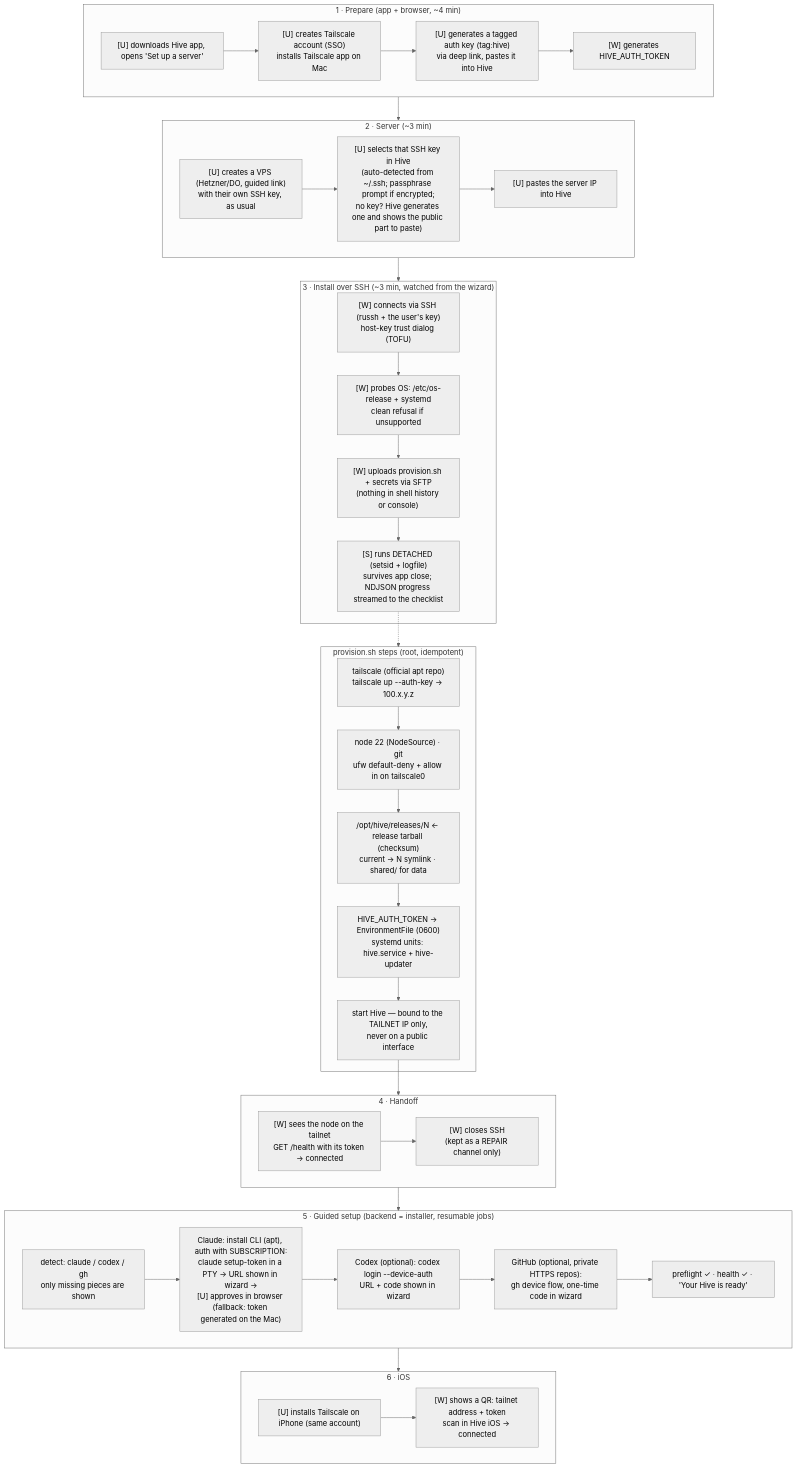
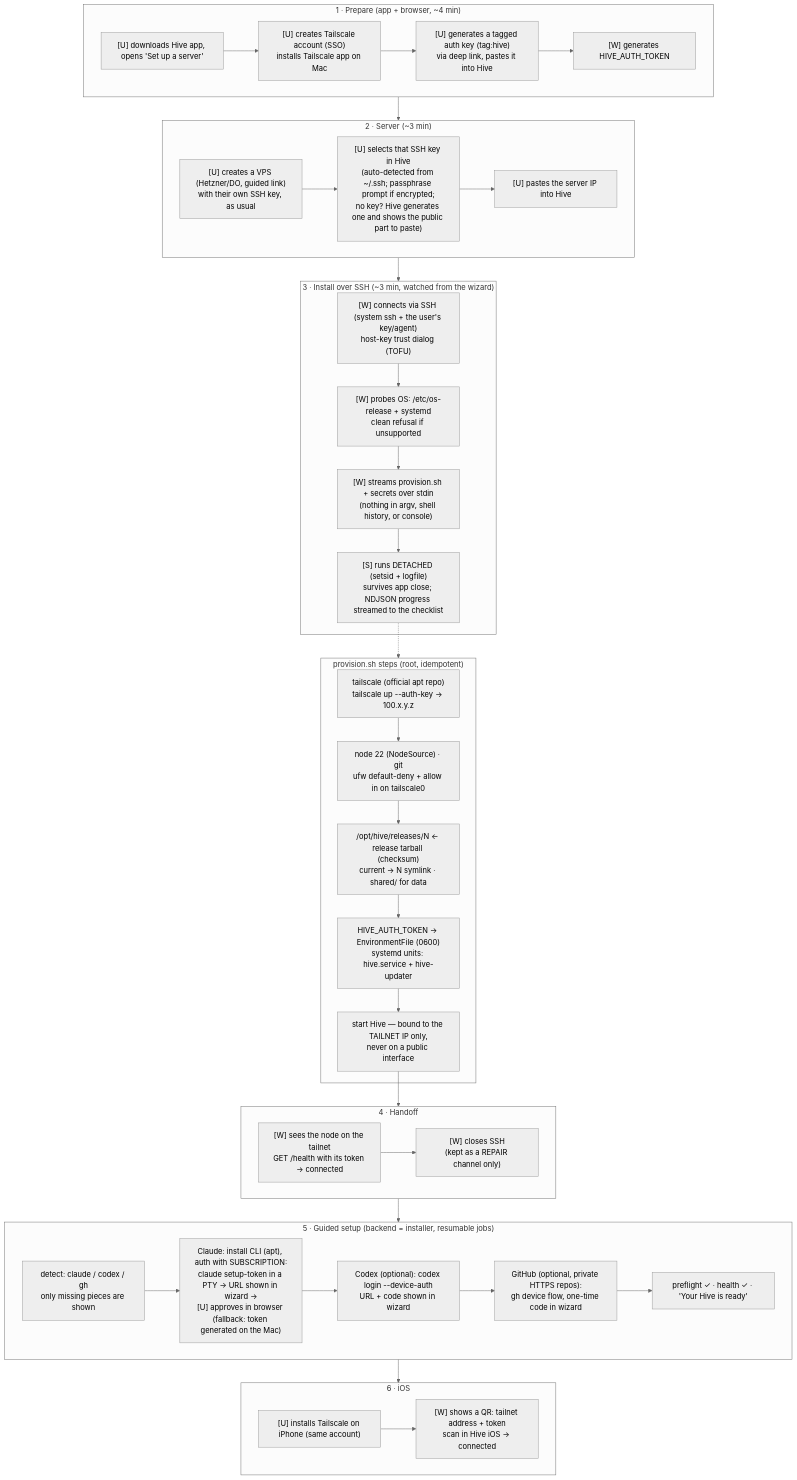
Before and after one commit to unfence-labs/hive: the first of 3 diagrams in docs/install-flow.md, drawn with Mermaid (neutral theme). The commit also changed other lines of this file and 1 other file, not shown here.

First line of the commit message:
review: replace embedded russh with the system OpenSSH sidecar

````diff
--- a/docs/install-flow.md
+++ b/docs/install-flow.md
@@ -54,59 +59,59 @@
 ```mermaid
 flowchart TD
     subgraph P1["1 · Prepare (app + browser, ~4 min)"]
         A1["[U] downloads Hive app, opens 'Set up a server'"]
         A2["[U] creates Tailscale account (SSO)<br/>installs Tailscale app on Mac"]
         A3["[U] generates a tagged auth key (tag:hive)<br/>via deep link, pastes it into Hive"]
         A4["[W] generates HIVE_AUTH_TOKEN"]
         A1 --> A2 --> A3 --> A4
     end
 
     subgraph P2["2 · Server (~3 min)"]
         B1["[U] creates a VPS (Hetzner/DO, guided link)<br/>with their own SSH key, as usual"]
         B2["[U] selects that SSH key in Hive<br/>(auto-detected from ~/.ssh; passphrase prompt if encrypted;<br/>no key? Hive generates one and shows the public part to paste)"]
         B3["[U] pastes the server IP into Hive"]
         B1 --> B2 --> B3
     end
 
     subgraph P3["3 · Install over SSH (~3 min, watched from the wizard)"]
-        C1["[W] connects via SSH (russh + the user's key)<br/>host-key trust dialog (TOFU)"]
+        C1["[W] connects via SSH (system ssh + the user's key/agent)<br/>host-key trust dialog (TOFU)"]
         C2["[W] probes OS: /etc/os-release + systemd<br/>clean refusal if unsupported"]
-        C3["[W] uploads provision.sh + secrets via SFTP<br/>(nothing in shell history or console)"]
+        C3["[W] streams provision.sh + secrets over stdin<br/>(nothing in argv, shell history, or console)"]
         C4["[S] runs DETACHED (setsid + logfile)<br/>survives app close; NDJSON progress streamed to the checklist"]
         C1 --> C2 --> C3 --> C4
     end
 
     subgraph PS["provision.sh steps (root, idempotent)"]
         S1["tailscale (official apt repo)<br/>tailscale up --auth-key → 100.x.y.z"]
         S2["node 22 (NodeSource) · git<br/>ufw default-deny + allow in on tailscale0"]
         S3["/opt/hive/releases/N ← release tarball (checksum)<br/>current → N symlink · shared/ for data"]
         S4["HIVE_AUTH_TOKEN → EnvironmentFile (0600)<br/>systemd units: hive.service + hive-updater"]
         S5["start Hive — bound to the TAILNET IP only,<br/>never on a public interface"]
         S1 --> S2 --> S3 --> S4 --> S5
     end
 
     subgraph P4["4 · Handoff"]
         D1["[W] sees the node on the tailnet<br/>GET /health with its token → connected"]
         D2["[W] closes SSH<br/>(kept as a REPAIR channel only)"]
         D1 --> D2
     end
 
     subgraph P5["5 · Guided setup (backend = installer, resumable jobs)"]
         E1["detect: claude / codex / gh<br/>only missing pieces are shown"]
         E2["Claude: install CLI (apt), auth with SUBSCRIPTION:<br/>claude setup-token in a PTY → URL shown in wizard →<br/>[U] approves in browser (fallback: token generated on the Mac)"]
         E3["Codex (optional): codex login --device-auth<br/>URL + code shown in wizard"]
         E4["GitHub (optional, private HTTPS repos):<br/>gh device flow, one-time code in wizard"]
         E5["preflight ✓ · health ✓ · 'Your Hive is ready'"]
         E1 --> E2 --> E3 --> E4 --> E5
     end
 
     subgraph P6["6 · iOS"]
         F1["[U] installs Tailscale on iPhone (same account)"]
         F2["[W] shows a QR: tailnet address + token<br/>scan in Hive iOS → connected"]
         F1 --> F2
     end
 
     P1 --> P2 --> P3
     C4 -.-> PS
     S5 --> P4 --> P5 --> P6
 ```
````
